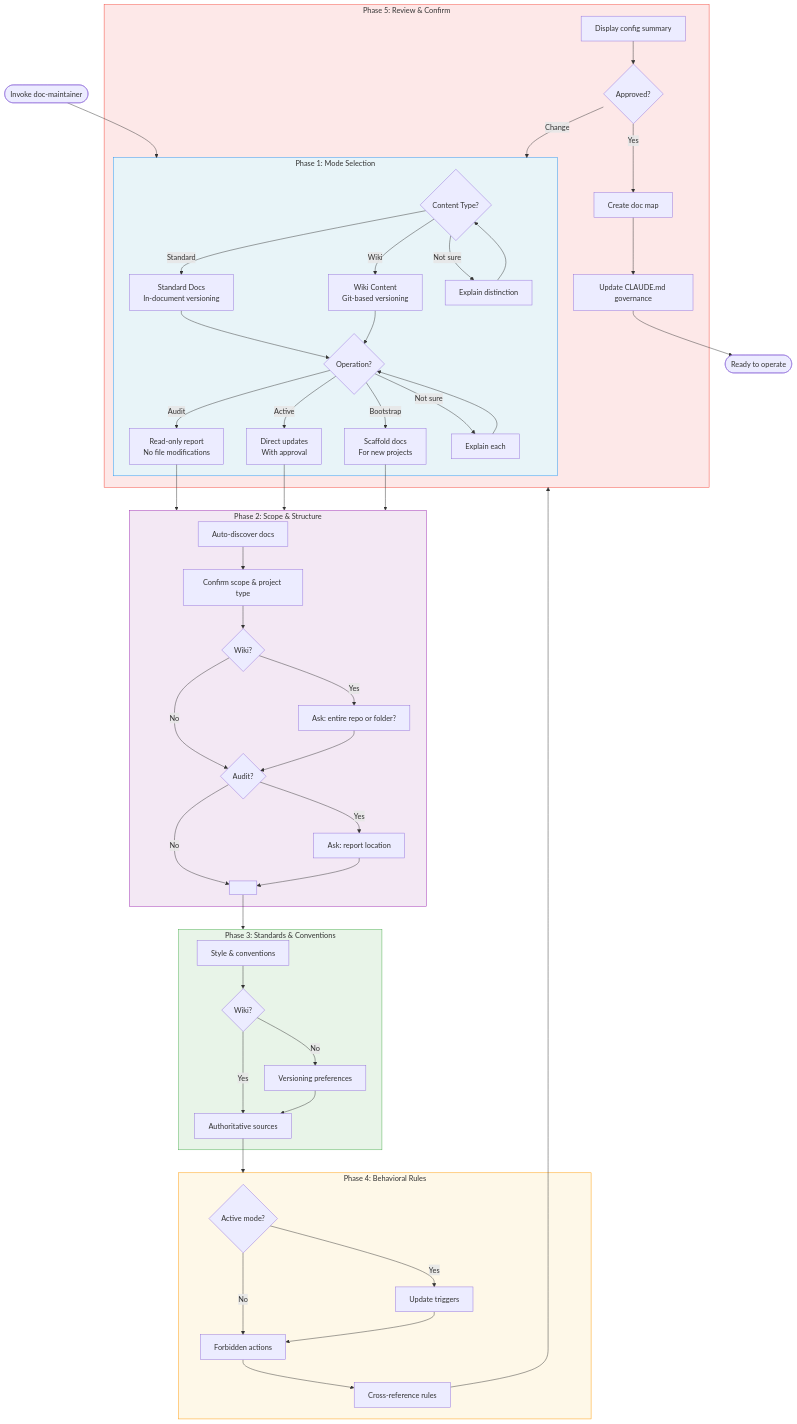
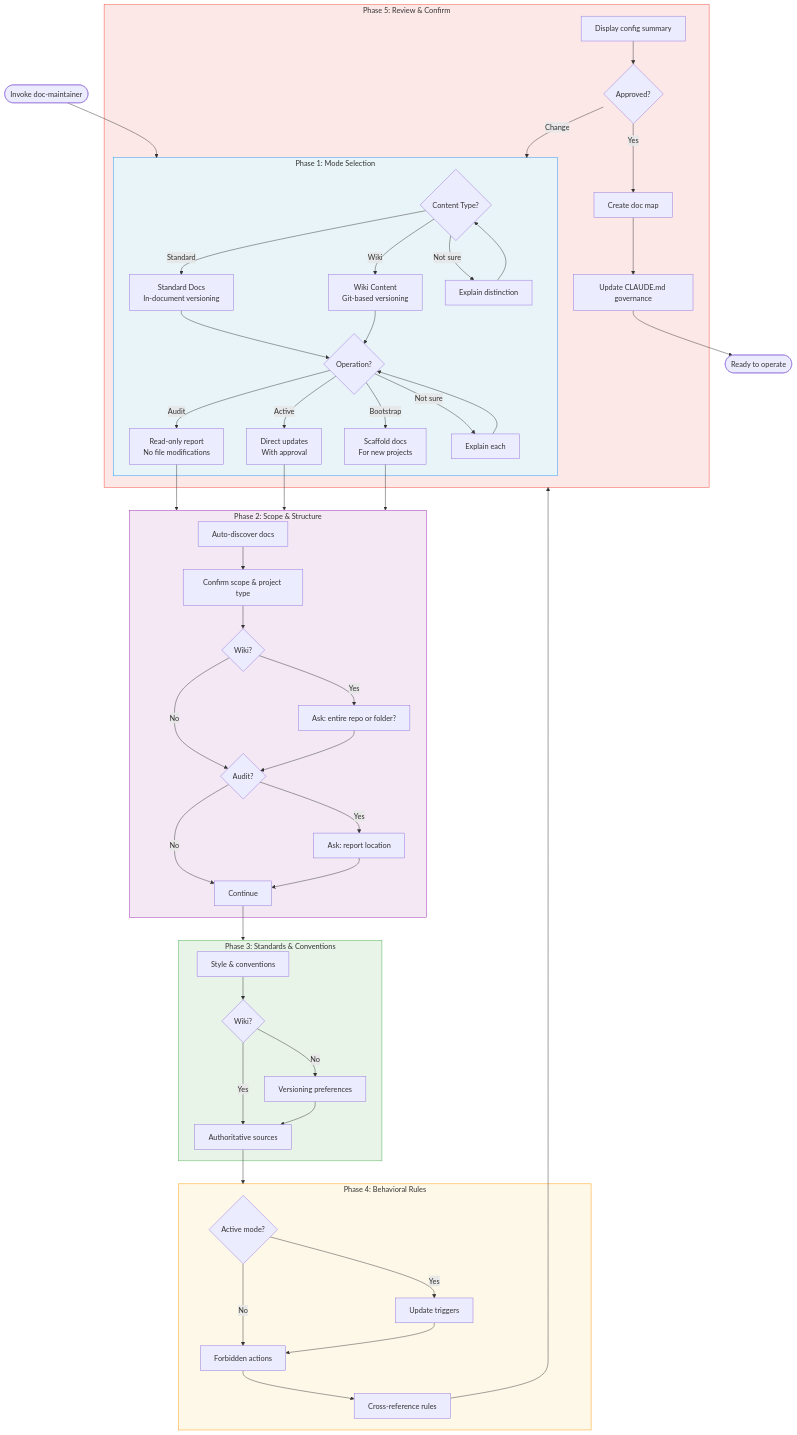
Before and after one commit to Piscatore/claude-plugin-marketplace: the first of 2 diagrams in README.md, drawn with Mermaid. The commit also changed other lines of this file and 2 other files, not shown here.

````diff
--- a/README.md
+++ b/README.md
@@ -46,71 +46,71 @@
 ```mermaid
 flowchart TD
     Start([Invoke doc-maintainer]) --> P1
 
     subgraph P1[Phase 1: Mode Selection]
         CT{Content Type?}
         CT -->|Standard| STD[Standard Docs\nIn-document versioning]
         CT -->|Wiki| WIKI[Wiki Content\nGit-based versioning]
         CT -->|Not sure| EXP1[Explain distinction] --> CT
 
         STD --> OP
         WIKI --> OP
 
         OP{Operation?}
         OP -->|Audit| AUD[Read-only report\nNo file modifications]
         OP -->|Active| ACT[Direct updates\nWith approval]
         OP -->|Bootstrap| BOOT[Scaffold docs\nFor new projects]
         OP -->|Not sure| EXP2[Explain each] --> OP
     end
 
     AUD --> P2
     ACT --> P2
     BOOT --> P2
 
     subgraph P2[Phase 2: Scope & Structure]
         DISC[Auto-discover docs] --> SCOPE[Confirm scope & project type]
         SCOPE --> WIKIQ{Wiki?}
         WIKIQ -->|Yes| WSCOPE[Ask: entire repo or folder?]
         WIKIQ -->|No| AUDQ
         WSCOPE --> AUDQ{Audit?}
         AUDQ -->|Yes| RLOC[Ask: report location]
-        AUDQ -->|No| P2END[ ]
+        AUDQ -->|No| P2END[Continue]
         RLOC --> P2END
     end
 
     P2END --> P3
 
     subgraph P3[Phase 3: Standards & Conventions]
         STYLE[Style & conventions] --> VER{Wiki?}
         VER -->|No| VERPREF[Versioning preferences]
         VER -->|Yes| AUTHSRC
         VERPREF --> AUTHSRC[Authoritative sources]
     end
 
     AUTHSRC --> P4
 
     subgraph P4[Phase 4: Behavioral Rules]
         TRIG{Active mode?}
         TRIG -->|Yes| UPD[Update triggers]
         TRIG -->|No| FORB
         UPD --> FORB[Forbidden actions]
         FORB --> XREF[Cross-reference rules]
     end
 
     XREF --> P5
 
     subgraph P5[Phase 5: Review & Confirm]
         SUM[Display config summary] --> OK{Approved?}
         OK -->|Yes| MAP[Create doc map]
         OK -->|Change| P1
         MAP --> CLAUDE[Update CLAUDE.md governance]
     end
 
     CLAUDE --> READY([Ready to operate])
 
     style P1 fill:#e8f4f8,stroke:#2196F3
     style P2 fill:#f3e8f4,stroke:#9C27B0
     style P3 fill:#e8f4e8,stroke:#4CAF50
     style P4 fill:#fef8e8,stroke:#FF9800
     style P5 fill:#fde8e8,stroke:#f44336
 ```
````
